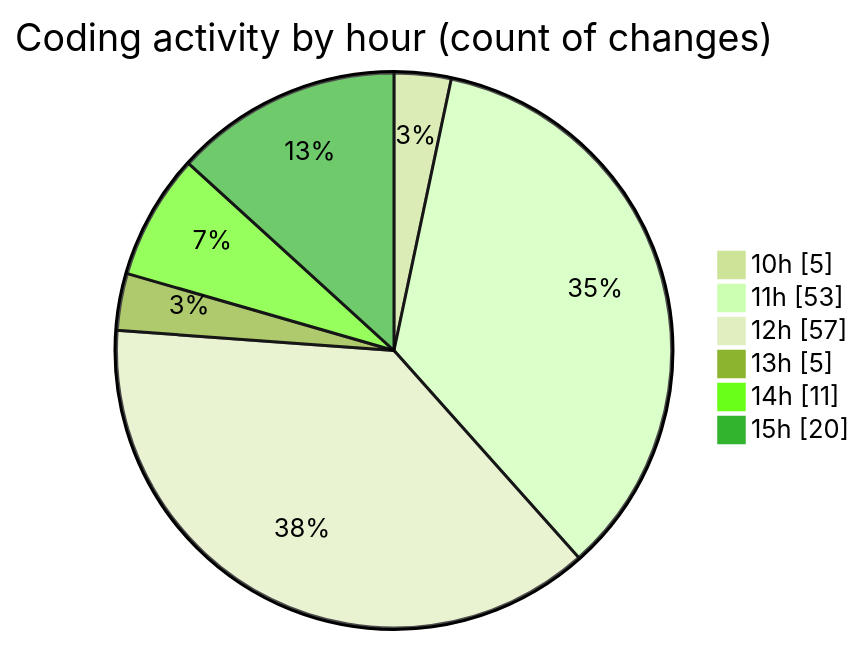
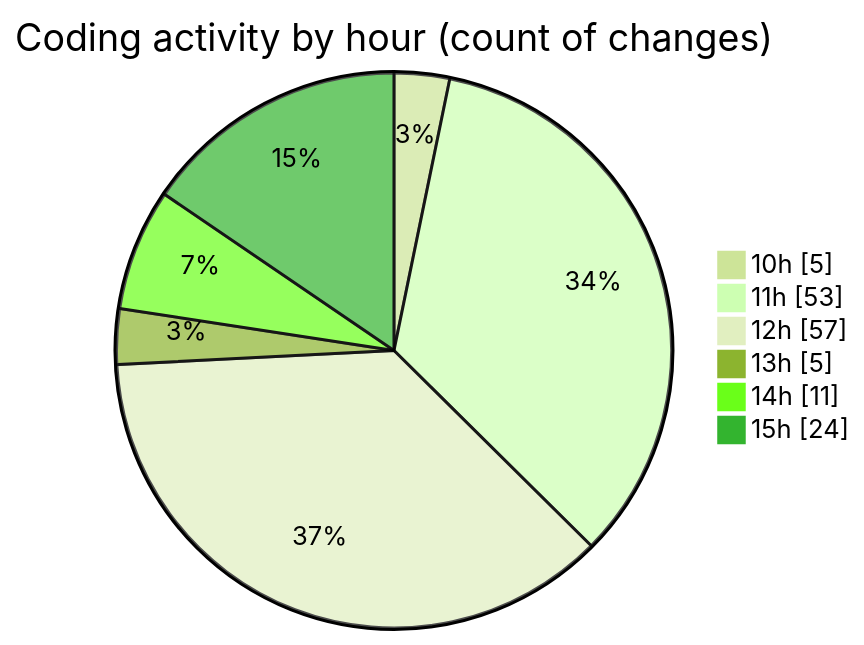
One commit to momahboobian/code-tracking changed the second of 2 diagrams in 2025-06-17/cda/README.md. Above: the diagram before and after it, drawn with Mermaid (forest theme). The commit also changed other lines of this file and 1 other file, not shown here.

````diff
--- a/2025-06-17/cda/README.md
+++ b/2025-06-17/cda/README.md
@@ -48,10 +52,10 @@
 ```mermaid
 pie showData
 title Coding activity by hour (count of changes)
 "10h" : 5
 "11h" : 53
 "12h" : 57
 "13h" : 5
 "14h" : 11
-"15h" : 20
+"15h" : 24
 ```
````
